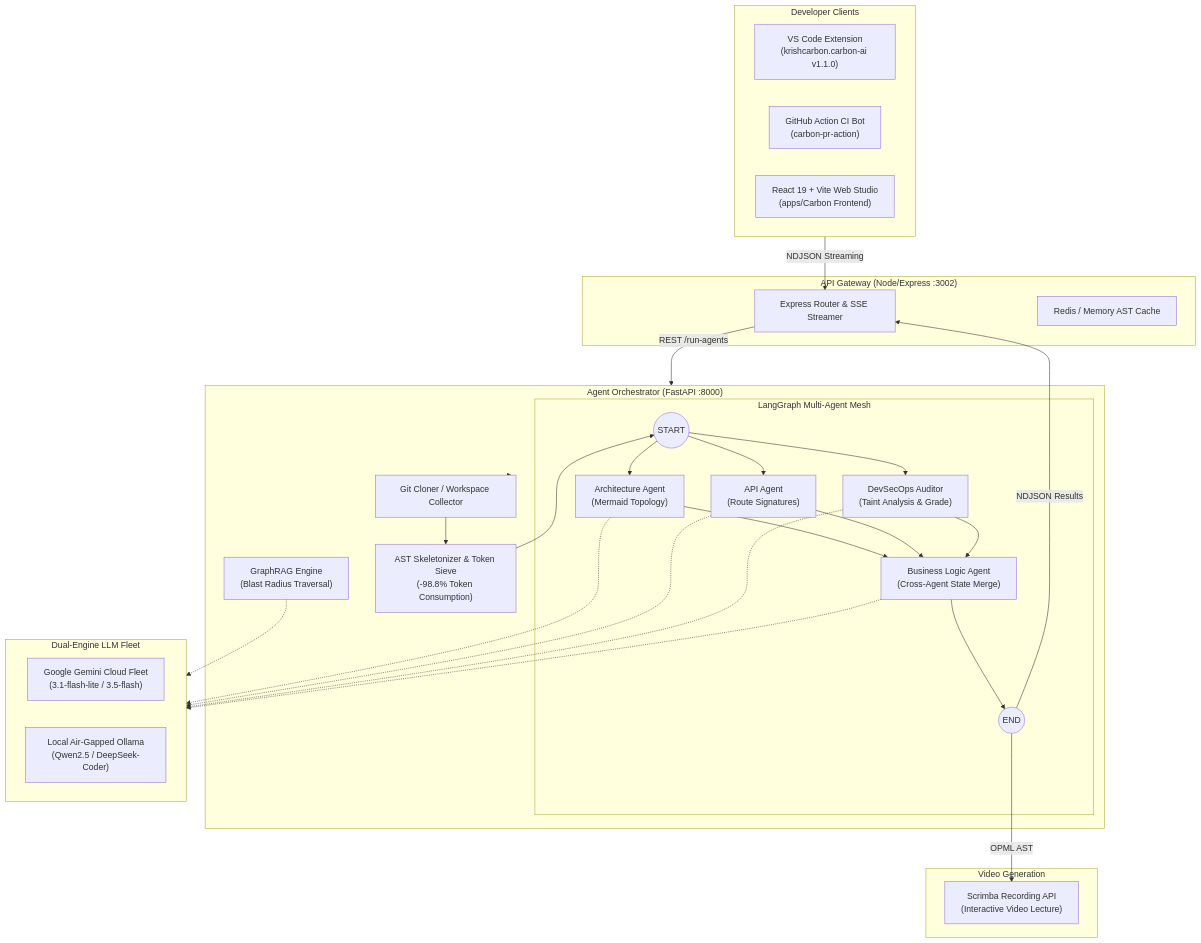
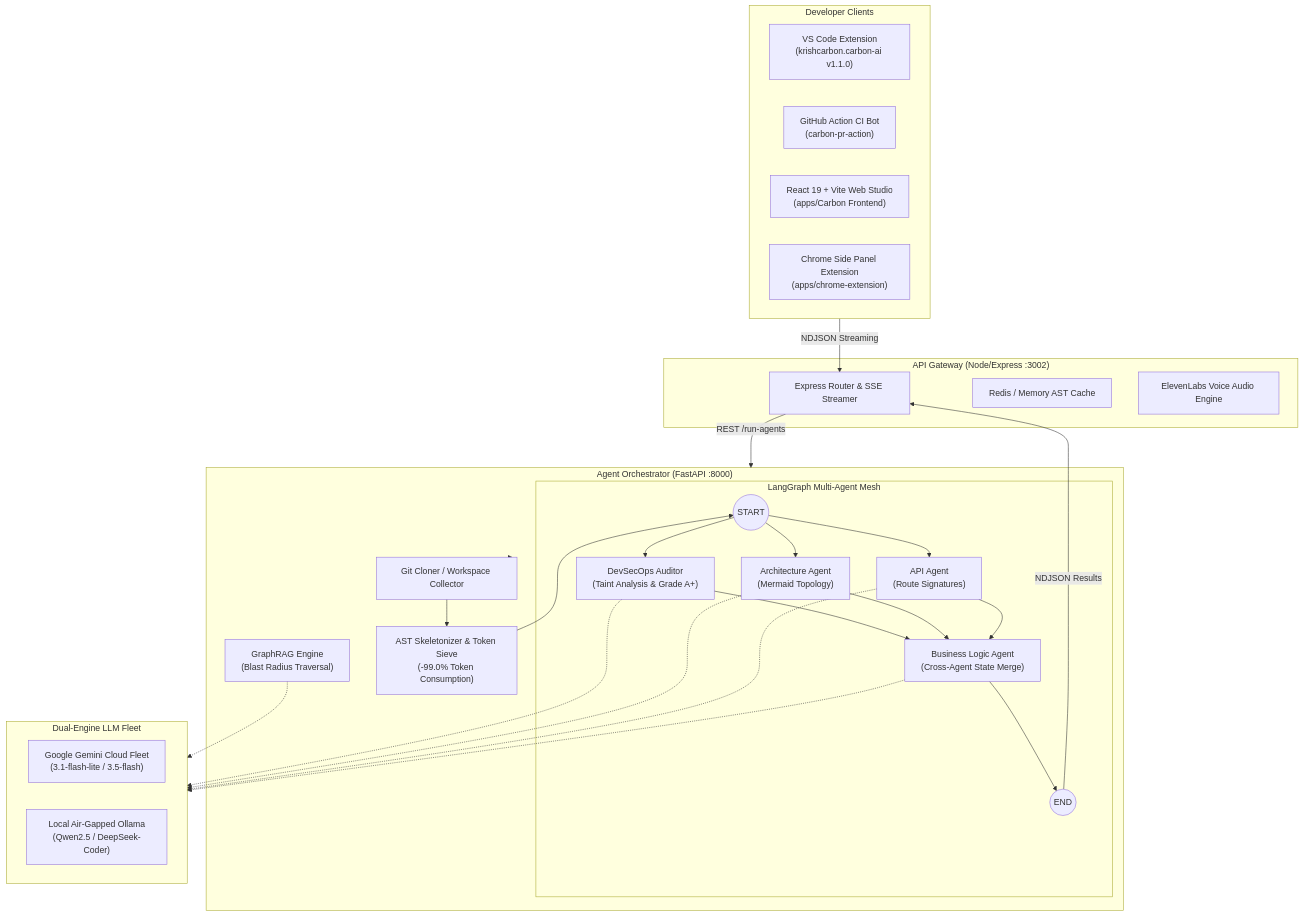
One commit to krishna-chhabra-cse/Carbon changed the diagram in README.md. Above: the diagram before and after it, drawn with Mermaid. The commit also changed other lines of this file, not shown here.

Commit message:
docs(readme): restructure around DevSecOps hero feature, measured AST benchmarks, and dogfood audit

````diff
--- a/README.md
+++ b/README.md
@@ -83,60 +95,57 @@
 ```mermaid
 flowchart TD
     subgraph Clients ["Developer Clients"]
         VSC["VS Code Extension\n(krishcarbon.carbon-ai v1.1.0)"]
         GHA["GitHub Action CI Bot\n(carbon-pr-action)"]
         WEB["React 19 + Vite Web Studio\n(apps/Carbon Frontend)"]
+        CRX["Chrome Side Panel Extension\n(apps/chrome-extension)"]
     end
 
     subgraph Gateway ["API Gateway (Node/Express :3002)"]
         GW["Express Router & SSE Streamer"]
         VCACHE["Redis / Memory AST Cache"]
+        TTS["ElevenLabs Voice Audio Engine"]
     end
 
     subgraph AgentService ["Agent Orchestrator (FastAPI :8000)"]
         CLONE["Git Cloner / Workspace Collector"]
-        SIEVE["AST Skeletonizer & Token Sieve\n(-98.8% Token Consumption)"]
+        SIEVE["AST Skeletonizer & Token Sieve\n(-99.0% Token Consumption)"]
         
         subgraph LangGraphMesh ["LangGraph Multi-Agent Mesh"]
             START((START))
+            SEC["DevSecOps Auditor\n(Taint Analysis & Grade A+)"]
             ARCH["Architecture Agent\n(Mermaid Topology)"]
             API["API Agent\n(Route Signatures)"]
-            SEC["DevSecOps Auditor\n(Taint Analysis & Grade)"]
             BIZ["Business Logic Agent\n(Cross-Agent State Merge)"]
             END_NODE((END))
         end
 
         GRAG["GraphRAG Engine\n(Blast Radius Traversal)"]
     end
 
     subgraph Inference ["Dual-Engine LLM Fleet"]
         GEMINI["Google Gemini Cloud Fleet\n(3.1-flash-lite / 3.5-flash)"]
         OLLAMA["Local Air-Gapped Ollama\n(Qwen2.5 / DeepSeek-Coder)"]
     end
 
-    subgraph VideoPlatform ["Video Generation"]
-        SCRIMBA["Scrimba Recording API\n(Interactive Video Lecture)"]
-    end
-
     Clients -->|NDJSON Streaming| GW
     GW -->|REST /run-agents| AgentService
     AgentService --> CLONE --> SIEVE --> START
     
+    START --> SEC
     START --> ARCH
     START --> API
-    START --> SEC
     
+    SEC --> BIZ
     ARCH --> BIZ
     API --> BIZ
-    SEC --> BIZ
     BIZ --> END_NODE
 
+    SEC -.-> Inference
     ARCH -.-> Inference
     API -.-> Inference
-    SEC -.-> Inference
     BIZ -.-> Inference
     GRAG -.-> Inference
 
-    END_NODE -->|OPML AST| SCRIMBA
     END_NODE -->|NDJSON Results| GW
 ```
````
